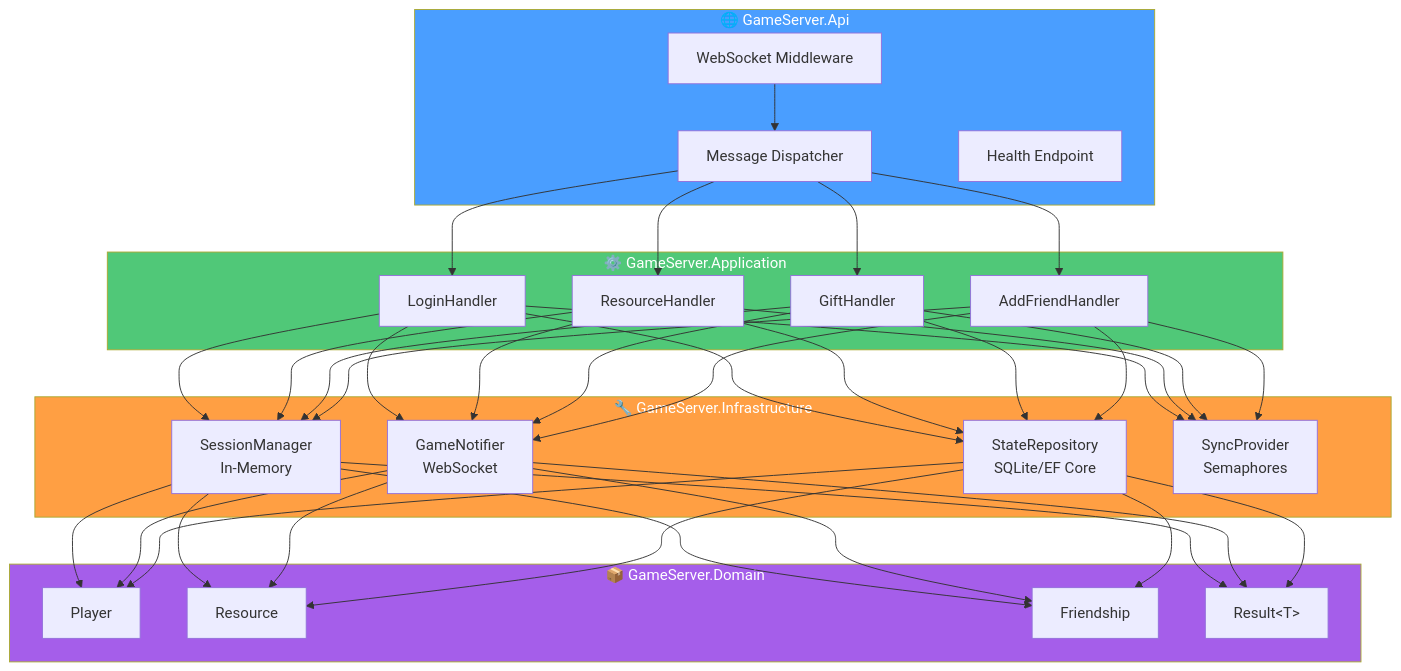
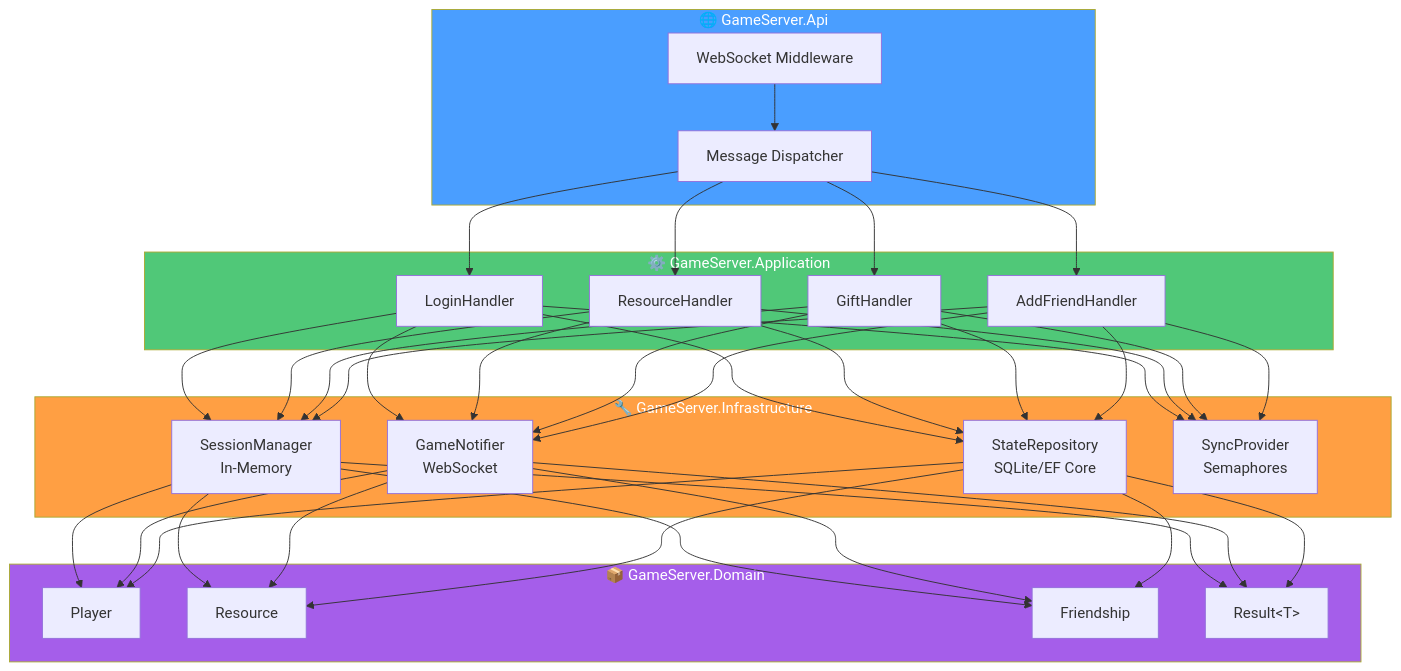
One commit to yakov10105/GameServer changed the first of 4 diagrams in README.md. Above: the diagram before and after it, drawn with Mermaid.

````diff
--- a/README.md
+++ b/README.md
@@ -9,39 +9,38 @@
 ```mermaid
 graph TB
     subgraph API["🌐 GameServer.Api"]
         WS[WebSocket Middleware]
         MD[Message Dispatcher]
-        HC[Health Endpoint]
     end
 
     subgraph APP["⚙️ GameServer.Application"]
         LH[LoginHandler]
         RH[ResourceHandler]
         GH[GiftHandler]
         AH[AddFriendHandler]
     end
 
     subgraph INFRA["🔧 GameServer.Infrastructure"]
         SM[SessionManager<br/>In-Memory]
         GN[GameNotifier<br/>WebSocket]
         SR[StateRepository<br/>SQLite/EF Core]
         SP[SyncProvider<br/>Semaphores]
     end
 
     subgraph DOMAIN["📦 GameServer.Domain"]
         P[Player]
         R[Resource]
         F[Friendship]
         RS[Result&lt;T&gt;]
     end
 
     WS --> MD
     MD --> LH & RH & GH & AH
     LH & RH & GH & AH --> SM & GN & SR & SP
     SM & GN & SR --> P & R & F & RS
 
     style API fill:#4a9eff,color:#fff
     style APP fill:#50c878,color:#fff
     style INFRA fill:#ff9f43,color:#fff
     style DOMAIN fill:#a55eea,color:#fff
 ```
````
